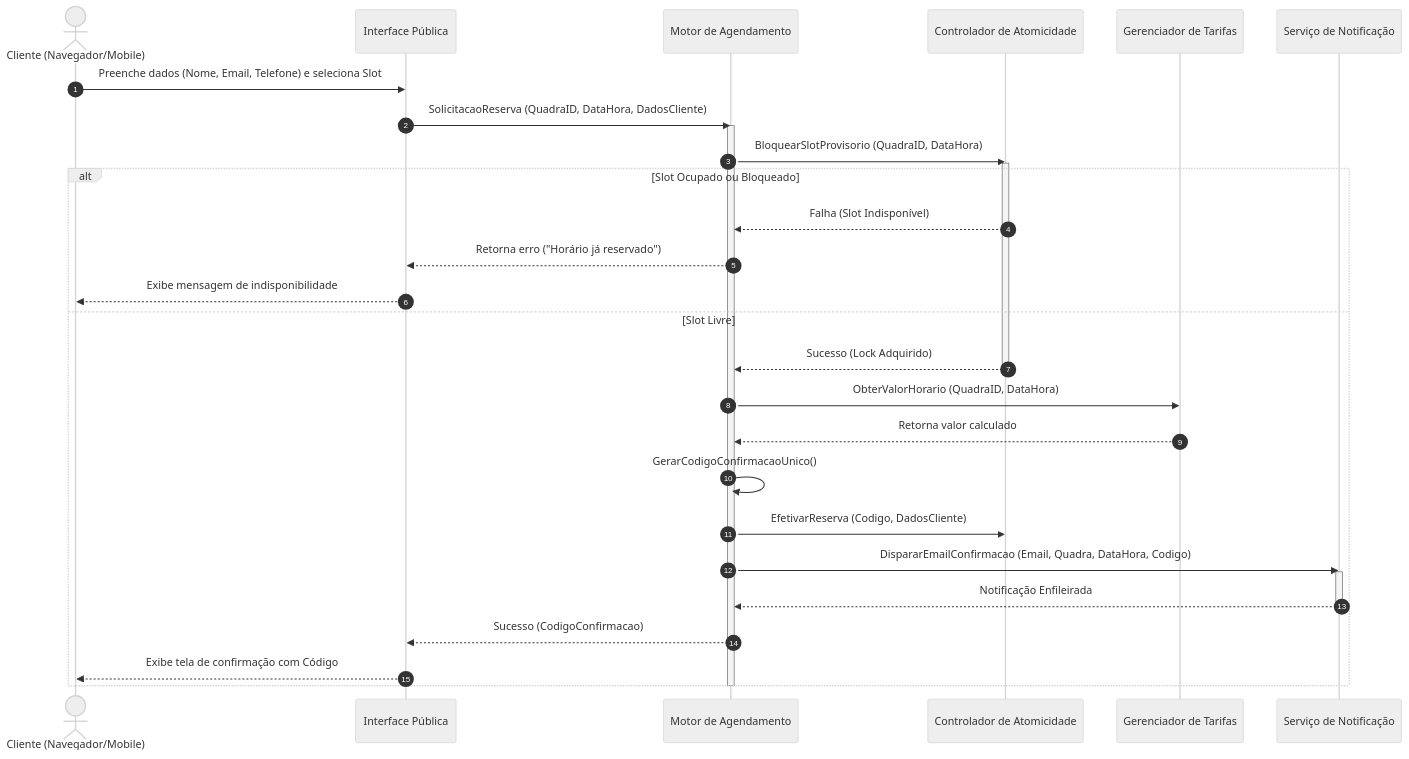
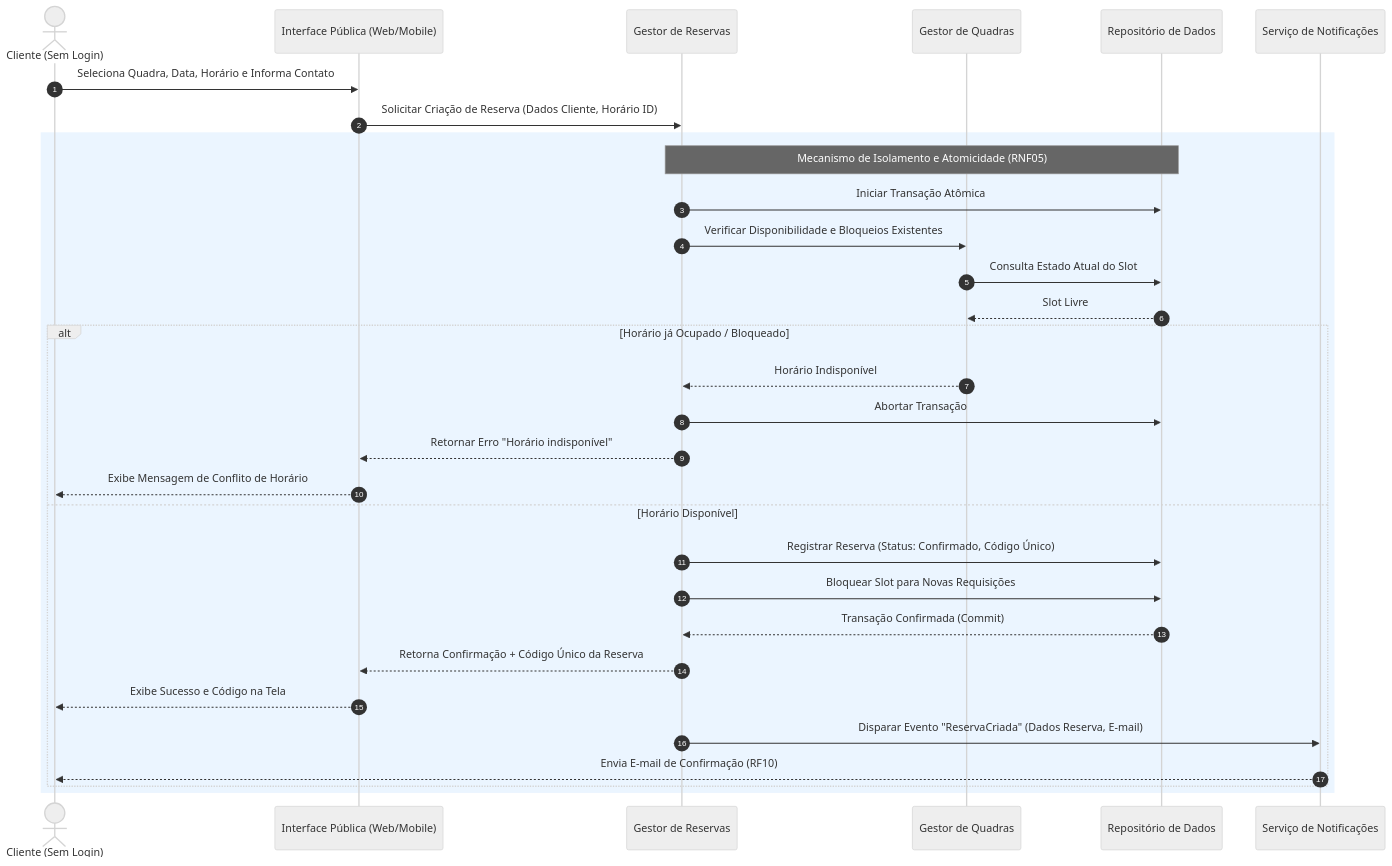
One commit to PDC-ESIA/AI4ES changed the second of 2 diagrams in docs/Time_2_Design/analise-qualitativa/outputs/relatorio_gemini_3_6_flash_P05.md. Above: the diagram before and after it, drawn with Mermaid (neutral theme). The commit also changed other lines of this file and 93 other files, not shown here.

````diff
--- a/docs/Time_2_Design/analise-qualitativa/outputs/relatorio_gemini_3_6_flash_P05.md
+++ b/docs/Time_2_Design/analise-qualitativa/outputs/relatorio_gemini_3_6_flash_P05.md
@@ -70,41 +82,38 @@
 ```mermaid
 sequenceDiagram
     autonumber
-    actor Cliente as Cliente (Navegador/Mobile)
-    participant UI as Interface Pública
-    participant Agendamento as Motor de Agendamento
-    participant Atomic as Controlador de Atomicidade
-    participant Tarifa as Gerenciador de Tarifas
-    participant Notif as Serviço de Notificação
+    actor Cliente as Cliente (Sem Login)
+    participant UI as Interface Pública (Web/Mobile)
+    participant Core as Gestor de Reservas
+    participant Quadra as Gestor de Quadras
+    participant Repo as Repositório de Dados
+    participant Notif as Serviço de Notificações
 
-    Cliente ->> UI: Preenche dados (Nome, Email, Telefone) e seleciona Slot
-    UI ->> Agendamento: SolicitacaoReserva (QuadraID, DataHora, DadosCliente)
+    Cliente ->> UI: Seleciona Quadra, Data, Horário e Informa Contato
+    UI ->> Core: Solicitar Criação de Reserva (Dados Cliente, Horário ID)
     
-    activate Agendamento
-    Agendamento ->> Atomic: BloquearSlotProvisorio (QuadraID, DataHora)
-    activate Atomic
-    
-    alt Slot Ocupado ou Bloqueado
-        Atomic -->> Agendamento: Falha (Slot Indisponível)
-        Agendamento -->> UI: Retorna erro ("Horário já reservado")
-        UI -->> Cliente: Exibe mensagem de indisponibilidade
-    else Slot Livre
-        Atomic -->> Agendamento: Sucesso (Lock Adquirido)
-        deactivate Atomic
+    rect rgb(235, 245, 255)
+        note over Core, Repo: Mecanismo de Isolamento e Atomicidade (RNF05)
+        Core ->> Repo: Iniciar Transação Atômica
+        Core ->> Quadra: Verificar Disponibilidade e Bloqueios Existentes
+        Quadra ->> Repo: Consulta Estado Atual do Slot
+        Repo -->> Quadra: Slot Livre
 
-        Agendamento ->> Tarifa: ObterValorHorario (QuadraID, DataHora)
-        Tarifa -->> Agendamento: Retorna valor calculado
-
-        Agendamento ->> Agendamento: GerarCodigoConfirmacaoUnico()
-        Agendamento ->> Atomic: EfetivarReserva (Codigo, DadosCliente)
-        
-        Agendamento ->> Notif: DispararEmailConfirmacao (Email, Quadra, DataHora, Codigo)
-        activate Notif
-        Notif -->> Agendamento: Notificação Enfileirada
-        deactivate Notif
-
-        Agendamento -->> UI: Sucesso (CodigoConfirmacao)
-        UI -->> Cliente: Exibe tela de confirmação com Código
+        alt Horário já Ocupado / Bloqueado
+            Quadra -->> Core: Horário Indisponível
+            Core ->> Repo: Abortar Transação
+            Core -->> UI: Retornar Erro "Horário indisponível"
+            UI -->> Cliente: Exibe Mensagem de Conflito de Horário
+        else Horário Disponível
+            Core ->> Repo: Registrar Reserva (Status: Confirmado, Código Único)
+            Core ->> Repo: Bloquear Slot para Novas Requisições
+            Repo -->> Core: Transação Confirmada (Commit)
+            Core -->> UI: Retorna Confirmação + Código Único da Reserva
+            UI -->> Cliente: Exibe Sucesso e Código na Tela
+            
+            %% Envio de E-mail Assíncrono
+            Core ->> Notif: Disparar Evento "ReservaCriada" (Dados Reserva, E-mail)
+            Notif -->> Cliente: Envia E-mail de Confirmação (RF10)
+        end
     end
-    deactivate Agendamento
 ```
````
